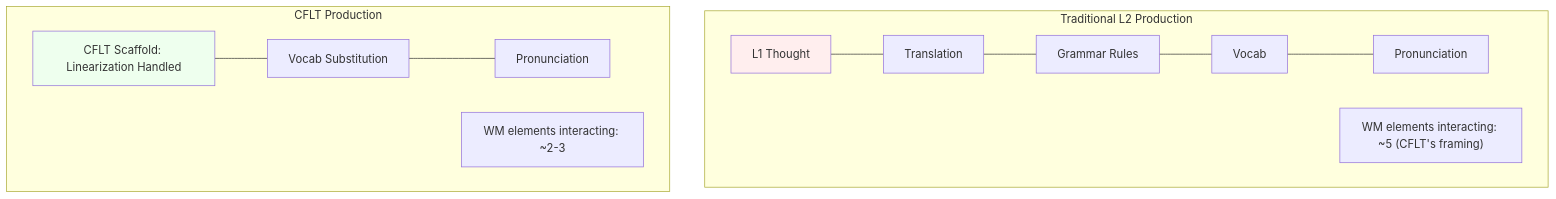
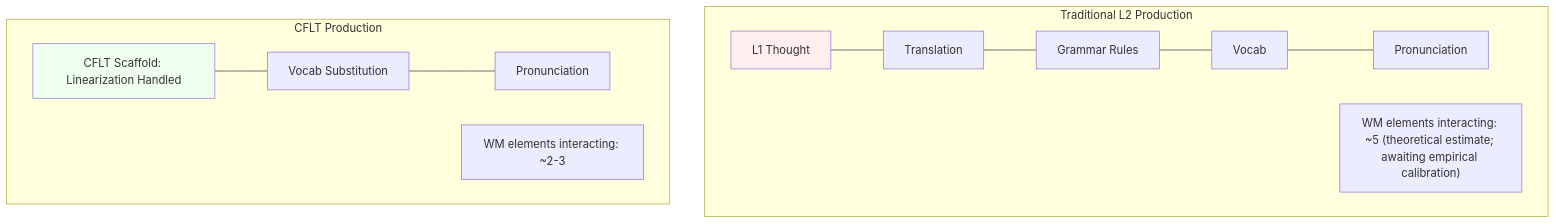
Before and after one commit to corefirst/cflt: the third of 3 diagrams in docs/en/foundations/pedagogy.md, drawn with Mermaid. The commit also changed 8 other files, not shown here.

````diff
--- a/docs/en/foundations/pedagogy.md
+++ b/docs/en/foundations/pedagogy.md
@@ -88,19 +88,19 @@
 ```mermaid
 graph TD
     subgraph "Traditional L2 Production"
     T1[L1 Thought] --- T2[Translation]
     T2 --- T3[Grammar Rules]
     T3 --- T4[Vocab]
     T4 --- T5[Pronunciation]
-    noteT["WM elements interacting: ~5 (CFLT's framing)"]
+    noteT["WM elements interacting: ~5 (theoretical estimate; awaiting empirical calibration)"]
     end
 
     subgraph "CFLT Production"
     C1[CFLT Scaffold: Linearization Handled] --- C2[Vocab Substitution]
     C2 --- C3[Pronunciation]
     noteC["WM elements interacting: ~2-3"]
     end
 
     style T1 fill:#fee
     style C1 fill:#efe
 ```
````
